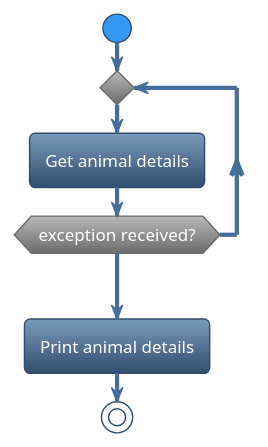
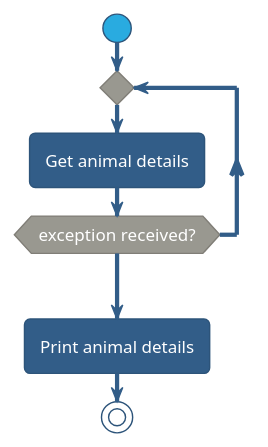
The diagram in design/retryforever.pu (jacobduijzer/ResilienceWithPollyDemo), drawn with PlantUML before and after one commit. The commit also changed 3 other files, not shown here.

```diff
--- a/design/retryforever.pu
+++ b/design/retryforever.pu
@@ -1,13 +1,13 @@
 @startuml
 
-!theme spacelab
+!theme sandstone
 
 start
 repeat
 	:Get animal details;
 repeat while (exception received?) is (yes)
 ->no;
 :Print animal details;
 stop
 
 @enduml
```
